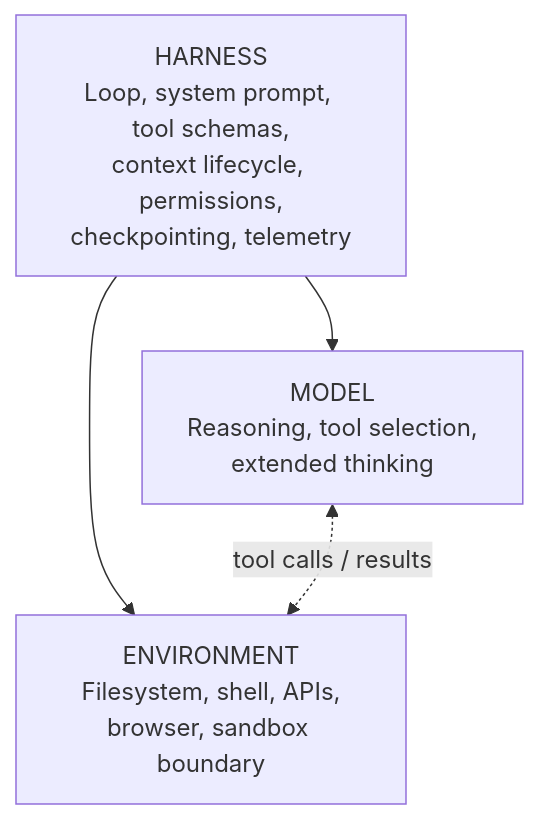
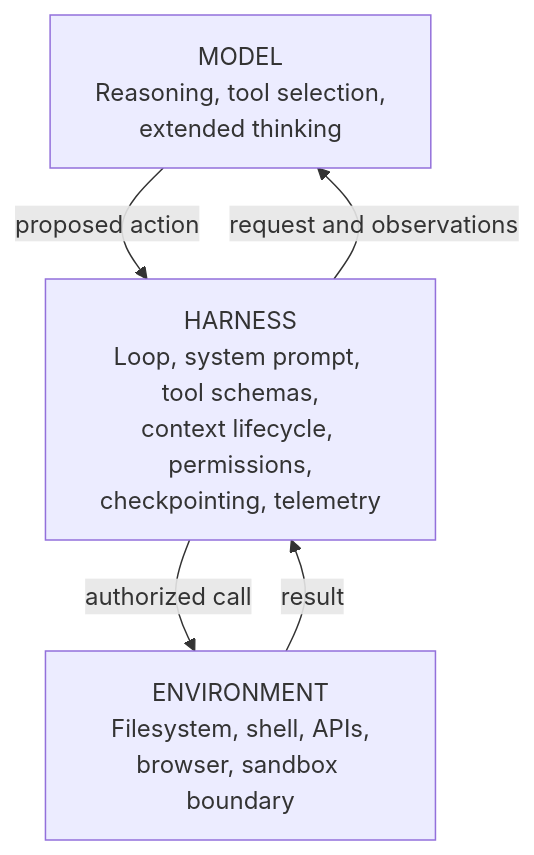
One commit to babushkai/system-design-patterns changed the second of 4 diagrams in 17-llm-systems/01-agent-fundamentals.md. Above: the diagram before and after it, drawn with Mermaid. The commit also changed other lines of this file and 11 other files, not shown here.

````diff
--- a/17-llm-systems/01-agent-fundamentals.md
+++ b/17-llm-systems/01-agent-fundamentals.md
@@ -48,10 +46,11 @@
 ```mermaid
 graph TD
     MODEL["MODEL<br/>Reasoning, tool selection,<br/>extended thinking"]
     HARNESS["HARNESS<br/>Loop, system prompt, tool schemas,<br/>context lifecycle, permissions,<br/>checkpointing, telemetry"]
     ENVIRONMENT["ENVIRONMENT<br/>Filesystem, shell, APIs,<br/>browser, sandbox boundary"]
 
-    HARNESS --> MODEL
-    HARNESS --> ENVIRONMENT
-    MODEL <-.->|tool calls / results| ENVIRONMENT
+    HARNESS -->|request and observations| MODEL
+    MODEL -->|proposed action| HARNESS
+    HARNESS -->|authorized call| ENVIRONMENT
+    ENVIRONMENT -->|result| HARNESS
 ```
````
